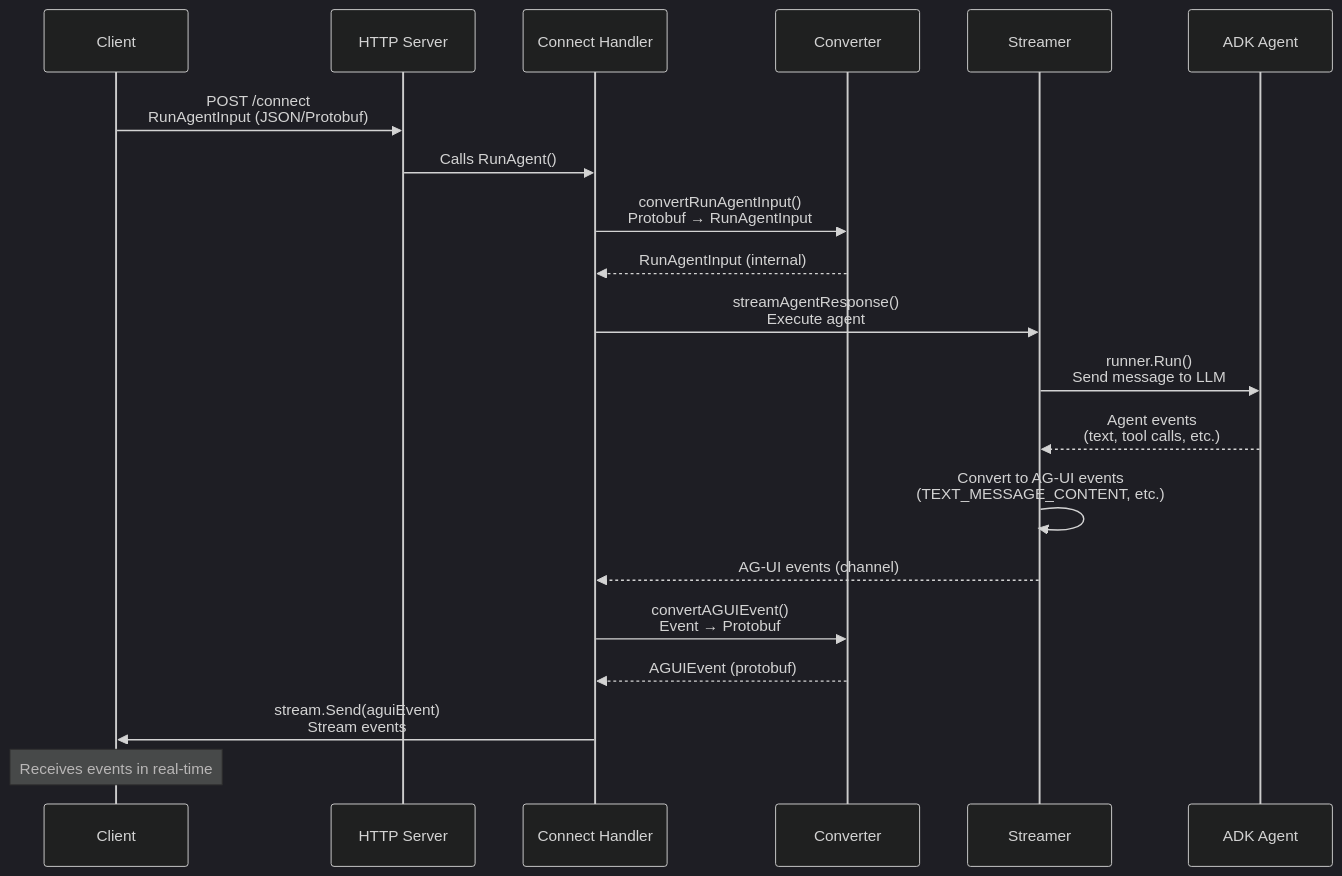
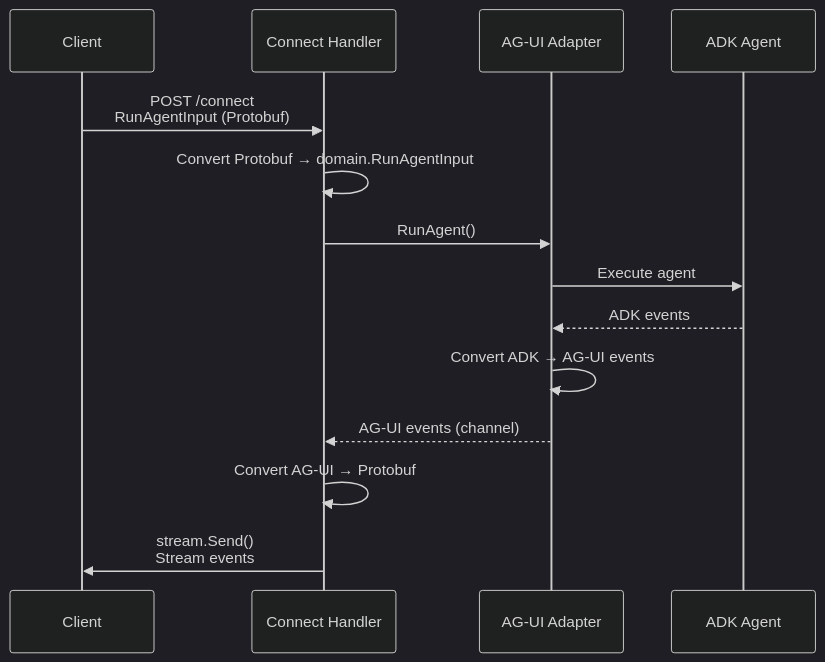
The second of 2 diagrams in agent-go-ag-ui/docs/CONNECT_RPC.md (alejomartinez8/chatbot-demo), drawn with Mermaid (dark theme) before and after one commit. The commit also changed other lines of this file and 12 other files, not shown here.

First line of the commit message:
refactor: implement layered architecture and eliminate code redundancy

````diff
--- a/agent-go-ag-ui/docs/CONNECT_RPC.md
+++ b/agent-go-ag-ui/docs/CONNECT_RPC.md
@@ -168,28 +31,17 @@
 ```mermaid
 sequenceDiagram
     participant Client
-    participant Server as HTTP Server
-    participant Connect as Connect Handler
-    participant Converter
-    participant Streamer
+    participant Handler as Connect Handler
+    participant Adapter as AG-UI Adapter
     participant ADK as ADK Agent
     
-    Client->>Server: POST /connect<br/>RunAgentInput (JSON/Protobuf)
-    Server->>Connect: Calls RunAgent()
-    
-    Connect->>Converter: convertRunAgentInput()<br/>Protobuf → RunAgentInput
-    Converter-->>Connect: RunAgentInput (internal)
-    
-    Connect->>Streamer: streamAgentResponse()<br/>Execute agent
-    Streamer->>ADK: runner.Run()<br/>Send message to LLM
-    ADK-->>Streamer: Agent events<br/>(text, tool calls, etc.)
-    
-    Streamer->>Streamer: Convert to AG-UI events<br/>(TEXT_MESSAGE_CONTENT, etc.)
-    Streamer-->>Connect: AG-UI events (channel)
-    
-    Connect->>Converter: convertAGUIEvent()<br/>Event → Protobuf
-    Converter-->>Connect: AGUIEvent (protobuf)
-    
-    Connect->>Client: stream.Send(aguiEvent)<br/>Stream events
-    Note over Client: Receives events in real-time
+    Client->>Handler: POST /connect<br/>RunAgentInput (Protobuf)
+    Handler->>Handler: Convert Protobuf → domain.RunAgentInput
+    Handler->>Adapter: RunAgent()
+    Adapter->>ADK: Execute agent
+    ADK-->>Adapter: ADK events
+    Adapter->>Adapter: Convert ADK → AG-UI events
+    Adapter-->>Handler: AG-UI events (channel)
+    Handler->>Handler: Convert AG-UI → Protobuf
+    Handler->>Client: stream.Send()<br/>Stream events
 ```
````
